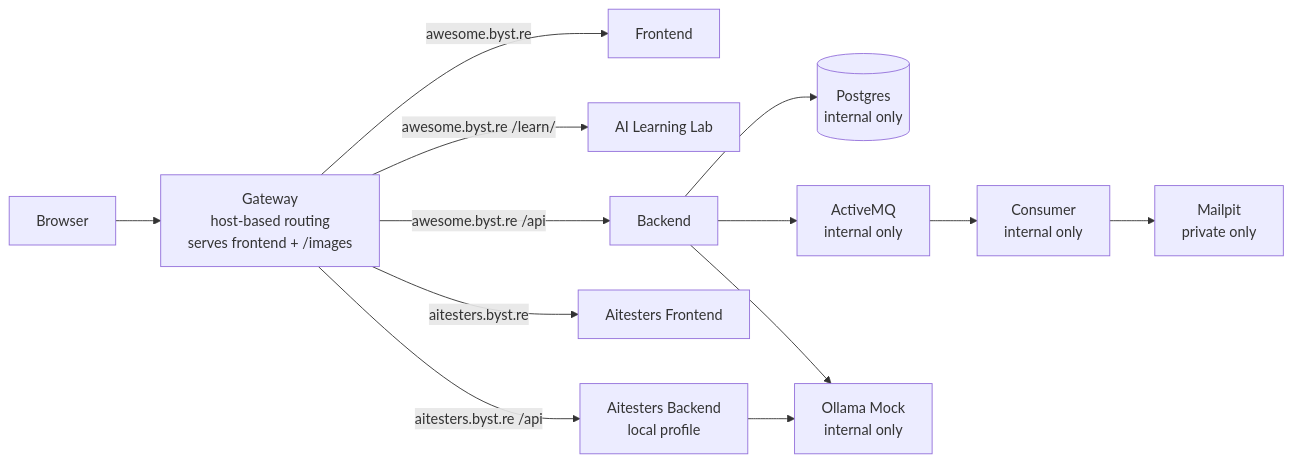
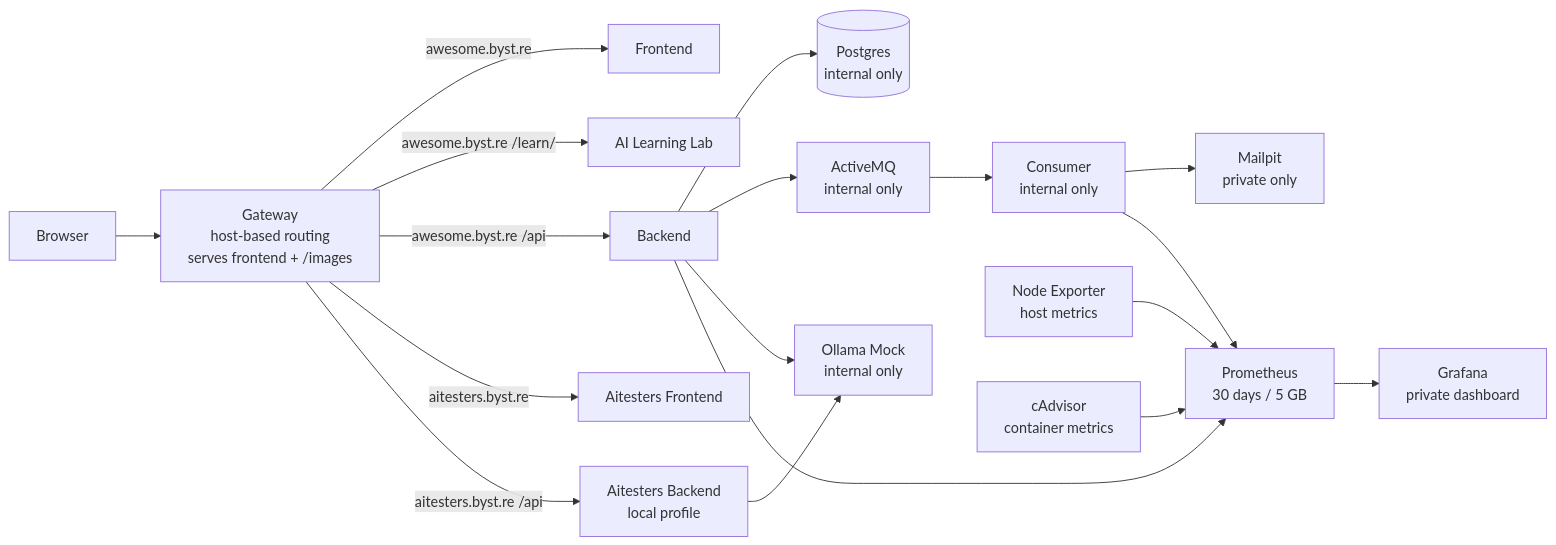
The third of 3 diagrams in README.md (slawekradzyminski/awesome-localstack), drawn with Mermaid before and after one commit. The commit also changed other lines of this file and 10 other files, not shown here.

````diff
--- a/README.md
+++ b/README.md
@@ -394,28 +394,37 @@
 ```mermaid
 flowchart LR
     U[Browser]
     G[Gateway<br/>host-based routing<br/>serves frontend + /images]
     F[Frontend]
     L[AI Learning Lab]
     B[Backend]
     AF[Aitesters Frontend]
     AB[Aitesters Backend<br/>local profile]
     DB[(Postgres<br/>internal only)]
     MQ[ActiveMQ<br/>internal only]
     C[Consumer<br/>internal only]
     M[Mailpit<br/>private only]
     O[Ollama Mock<br/>internal only]
+    N[Node Exporter<br/>host metrics]
+    CA[cAdvisor<br/>container metrics]
+    P[Prometheus<br/>30 days / 5 GB]
+    GR[Grafana<br/>private dashboard]
 
     U --> G
     G -->|awesome.byst.re| F
     G -->|awesome.byst.re /learn/| L
     G -->|awesome.byst.re /api| B
     G -->|aitesters.byst.re| AF
     G -->|aitesters.byst.re /api| AB
     B --> DB
     B --> MQ
     MQ --> C
     C --> M
     B --> O
     AB --> O
+    N --> P
+    CA --> P
+    B --> P
+    C --> P
+    P --> GR
 ```
````
